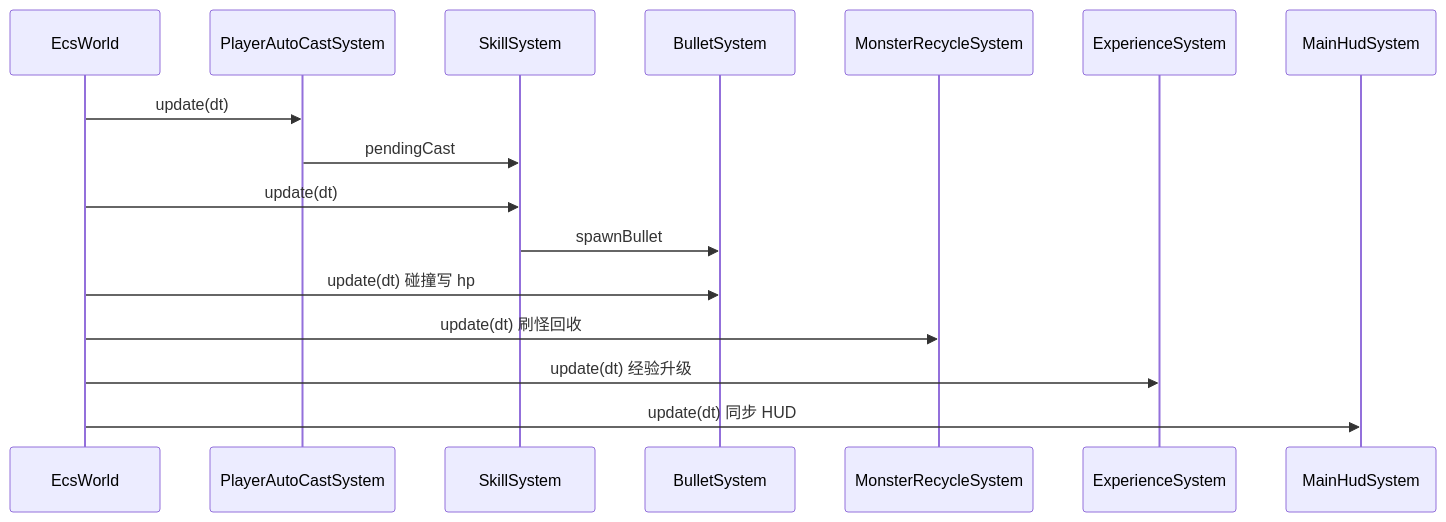
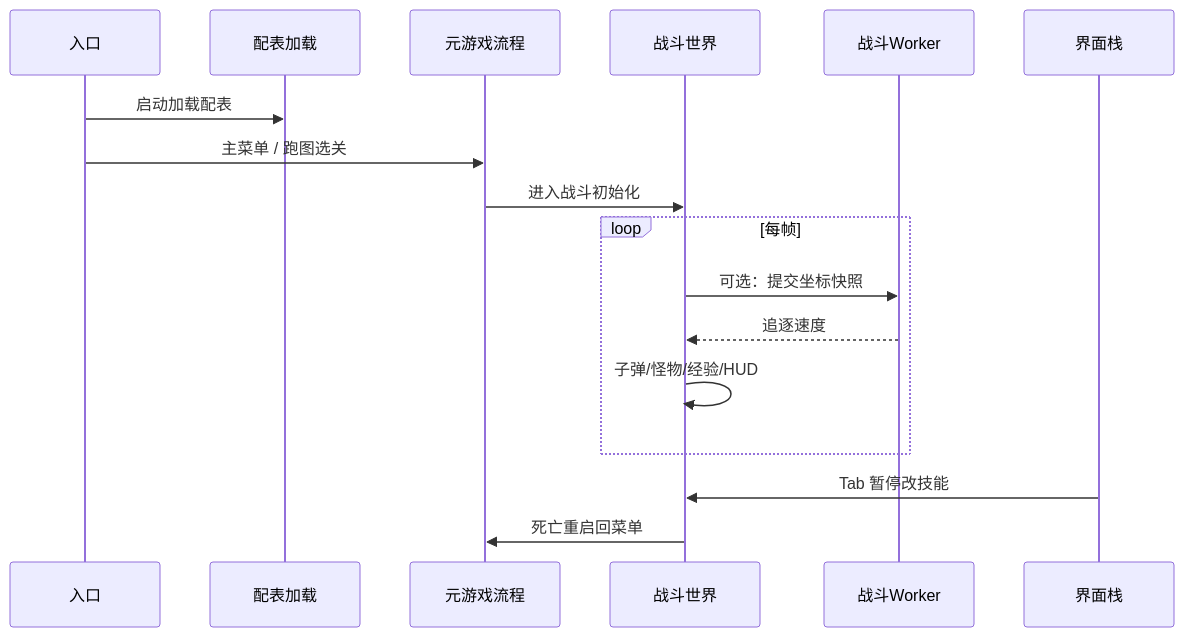
Before and after one commit to kir123456-1q/Survivor-And-Fight: the eighth of 11 diagrams in SurvivorAndFight/docs/答辩PPT大纲.md, drawn with Mermaid. The commit also changed other lines of this file and 17 other files, not shown here.

````diff
--- a/SurvivorAndFight/docs/答辩PPT大纲.md
+++ b/SurvivorAndFight/docs/答辩PPT大纲.md
@@ -426,19 +456,20 @@
 ```mermaid
 sequenceDiagram
-  participant W as EcsWorld
-  participant PS as PlayerAutoCastSystem
-  participant SS as SkillSystem
-  participant BS as BulletSystem
-  participant MS as MonsterRecycleSystem
-  participant ES as ExperienceSystem
-  participant HS as MainHudSystem
+  participant Main as 入口
+  participant Config as 配表加载
+  participant Meta as 元游戏流程
+  participant ECS as 战斗世界
+  participant Worker as 战斗Worker
+  participant UI as 界面栈
 
-  W->>PS: update(dt)
-  PS->>SS: pendingCast
-  W->>SS: update(dt)
-  SS->>BS: spawnBullet
-  W->>BS: update(dt) 碰撞写 hp
-  W->>MS: update(dt) 刷怪回收
-  W->>ES: update(dt) 经验升级
-  W->>HS: update(dt) 同步 HUD
+  Main->>Config: 启动加载配表
+  Main->>Meta: 主菜单 / 跑图选关
+  Meta->>ECS: 进入战斗初始化
+  loop 每帧
+    ECS->>Worker: 可选：提交坐标快照
+    Worker-->>ECS: 追逐速度
+    ECS->>ECS: 子弹/怪物/经验/HUD
+  end
+  UI->>ECS: Tab 暂停改技能
+  ECS->>Meta: 死亡重启回菜单
 ```
````
